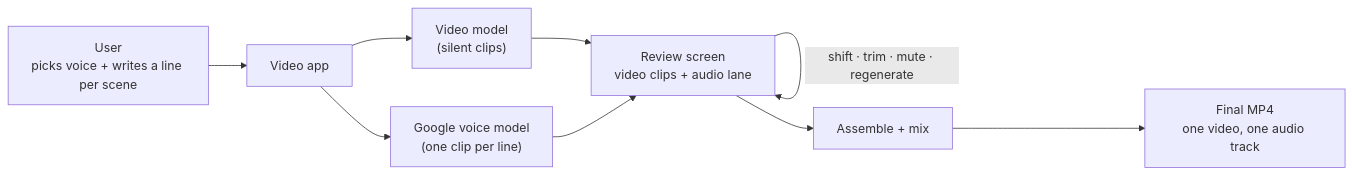
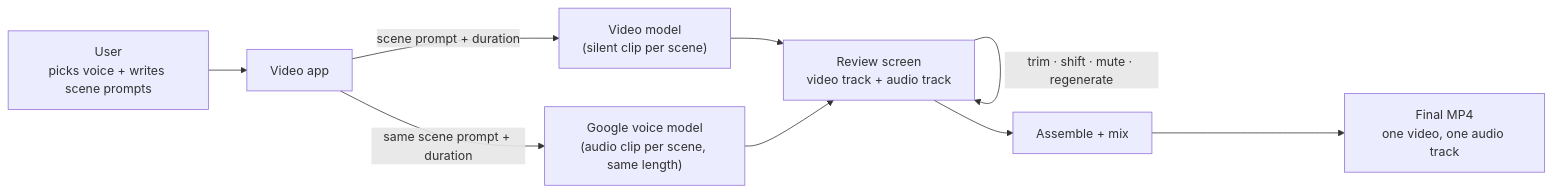
One commit to abhi-makeit/autocatalog-audio-gen changed the first of 2 diagrams in project_plan.md. Above: the diagram before and after it, drawn with Mermaid. The commit also changed other lines of this file and 3 other files, not shown here.

````diff
--- a/project_plan.md
+++ b/project_plan.md
@@ -47,11 +66,11 @@
 ```mermaid
 flowchart LR
-  U["User<br/>picks voice + writes a line per scene"] --> APP["Video app"]
-  APP --> VID["Video model<br/>(silent clips)"]
-  APP --> VOICE["Google voice model<br/>(one clip per line)"]
-  VID --> REVIEW["Review screen<br/>video clips + audio lane"]
+  U["User<br/>picks voice + writes scene prompts"] --> APP["Video app"]
+  APP -->|"scene prompt + duration"| VID["Video model<br/>(silent clip per scene)"]
+  APP -->|"same scene prompt + duration"| VOICE["Google voice model<br/>(audio clip per scene, same length)"]
+  VID --> REVIEW["Review screen<br/>video track + audio track"]
   VOICE --> REVIEW
-  REVIEW -->|"shift · trim · mute · regenerate"| REVIEW
+  REVIEW -->|"trim · shift · mute · regenerate"| REVIEW
   REVIEW --> MIX["Assemble + mix"]
   MIX --> OUT["Final MP4<br/>one video, one audio track"]
 ```
````
